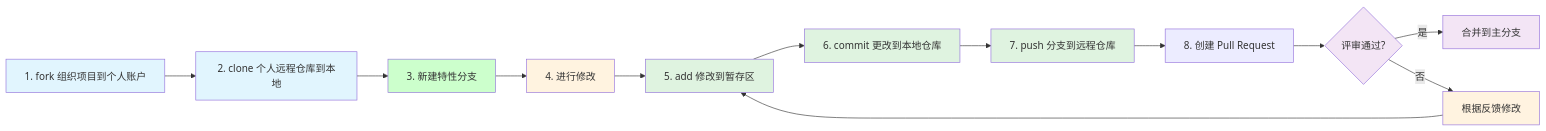
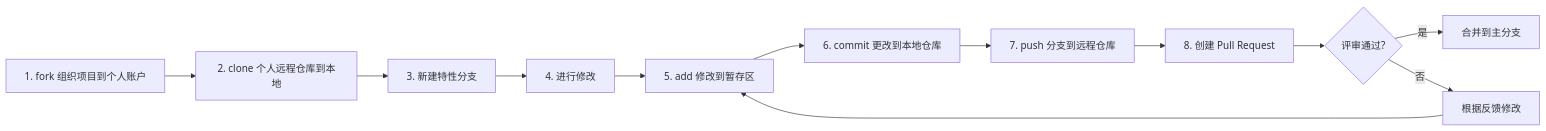
Before and after one commit to OpenHUTB/.github: the diagram in CONTRIBUTING.md, drawn with Mermaid.

Commit message:
docs: 清理贡献流程图SVG残留style代码

````diff
--- a/CONTRIBUTING.md
+++ b/CONTRIBUTING.md
@@ -12,30 +12,15 @@
 ```mermaid
 flowchart LR
     A[1. fork 组织项目到个人账户] --> B[2. clone 个人远程仓库到本地]
     B --> C[3. 新建特性分支]
     C --> D[4. 进行修改]
     D --> E[5. add 修改到暂存区]
     E --> F[6. commit 更改到本地仓库]
     F --> G[7. push 分支到远程仓库]
     G --> H[8. 创建 Pull Request]
     H --> I{评审通过?}
     I -->|是| J[合并到主分支]
     I -->|否| K[根据反馈修改]
     K --> E
 
-    style A fill:#e1f5fe
-    style B fill:#e1f5fe
-
-    style C fill:#ccffcc
-
-    style D fill:#fff3e0
-    
-    style E fill:#dff3e0
-    style F fill:#dff3e0
-    style G fill:#dff3e0
-
-    style I fill:#f3e5f5
-    style J fill:#f3e5f5
-
-    style K fill:#fff3e0
 ```
````
